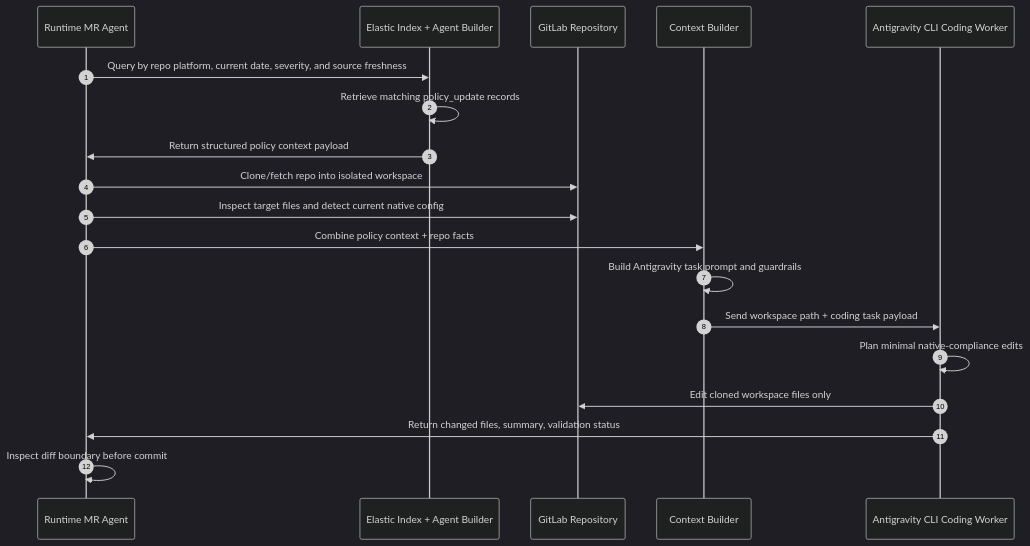
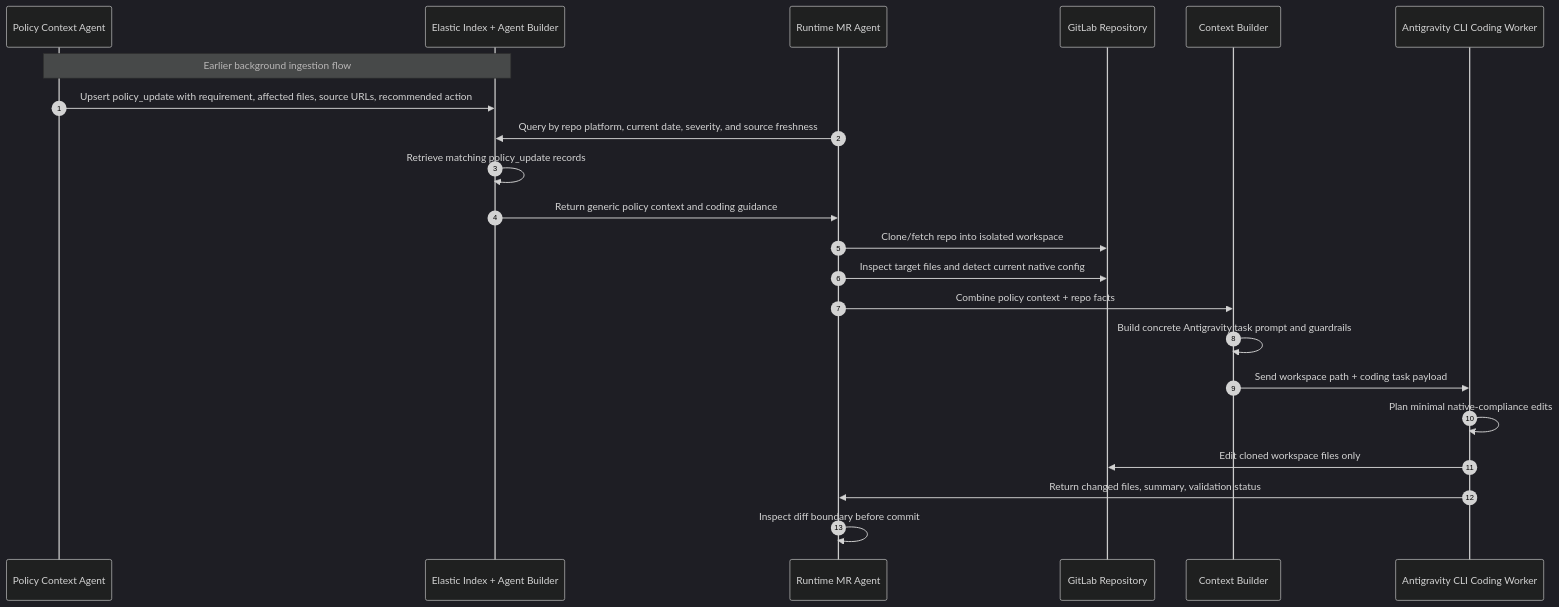
One commit to nunutech40/patchpilot-agent changed the diagram in diagrams/sequence-elastic-context-to-coding-agent.md. Above: the diagram before and after it, drawn with Mermaid (dark theme). The commit also changed other lines of this file and 5 other files, not shown here.

Commit message:
docs: clarify policy coding guidance flow

````diff
--- a/diagrams/sequence-elastic-context-to-coding-agent.md
+++ b/diagrams/sequence-elastic-context-to-coding-agent.md
@@ -7,22 +11,26 @@
 ```mermaid
 sequenceDiagram
     autonumber
-    participant OpenClaw as Runtime MR Agent
+    participant Policy as Policy Context Agent
     participant Elastic as Elastic Index + Agent Builder
+    participant Runtime as Runtime MR Agent
     participant GitLab as GitLab Repository
     participant Context as Context Builder
     participant Antigravity as Antigravity CLI Coding Worker
 
-    OpenClaw->>Elastic: Query by repo platform, current date, severity, and source freshness
+    Note over Policy,Elastic: Earlier background ingestion flow
+    Policy->>Elastic: Upsert policy_update with requirement, affected files, source URLs, recommended action
+
+    Runtime->>Elastic: Query by repo platform, current date, severity, and source freshness
     Elastic->>Elastic: Retrieve matching policy_update records
-    Elastic->>OpenClaw: Return structured policy context payload
-    OpenClaw->>GitLab: Clone/fetch repo into isolated workspace
-    OpenClaw->>GitLab: Inspect target files and detect current native config
-    OpenClaw->>Context: Combine policy context + repo facts
-    Context->>Context: Build Antigravity task prompt and guardrails
+    Elastic->>Runtime: Return generic policy context and coding guidance
+    Runtime->>GitLab: Clone/fetch repo into isolated workspace
+    Runtime->>GitLab: Inspect target files and detect current native config
+    Runtime->>Context: Combine policy context + repo facts
+    Context->>Context: Build concrete Antigravity task prompt and guardrails
     Context->>Antigravity: Send workspace path + coding task payload
     Antigravity->>Antigravity: Plan minimal native-compliance edits
     Antigravity->>GitLab: Edit cloned workspace files only
-    Antigravity->>OpenClaw: Return changed files, summary, validation status
-    OpenClaw->>OpenClaw: Inspect diff boundary before commit
+    Antigravity->>Runtime: Return changed files, summary, validation status
+    Runtime->>Runtime: Inspect diff boundary before commit
 ```
````
